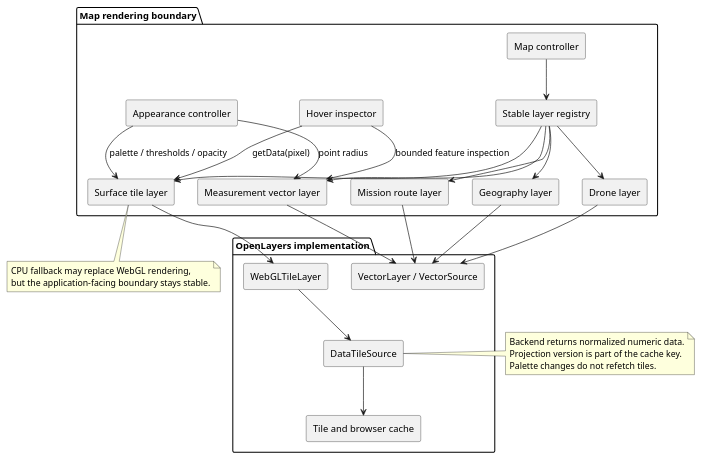
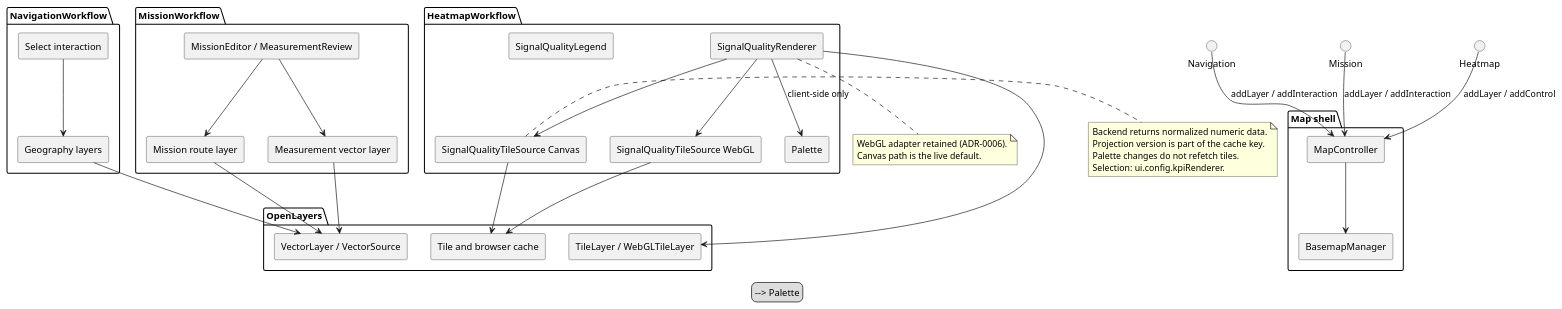
The diagram in docs/uml/0006-frontend-map-rendering-architecture.puml (ademby/ddtp1), drawn with PlantUML before and after one commit. The commit also changed 10 other files, not shown here.

```diff
--- a/docs/uml/0006-frontend-map-rendering-architecture.puml
+++ b/docs/uml/0006-frontend-map-rendering-architecture.puml
@@ -1,53 +1,65 @@
 @startuml
 skinparam componentStyle rectangle
 
-package "Map rendering boundary" {
-  [Map controller] as MapController
-  [Stable layer registry] as Layers
-  [Surface tile layer] as SurfaceLayer
-  [Measurement vector layer] as MeasurementLayer
-  [Mission route layer] as MissionLayer
-  [Geography layer] as GeographyLayer
-  [Drone layer] as DroneLayer
-  [Hover inspector] as Hover
-  [Appearance controller] as Appearance
+package "Map shell" {
+  [MapController] as MapController
+  [BasemapManager] as Basemap
 }
 
-package "OpenLayers implementation" {
-  [WebGLTileLayer] as WebGL
-  [DataTileSource] as DataTiles
+package "NavigationWorkflow" {
+  [Geography layers] as GeographyLayer
+  [Select interaction] as SelectIx
+}
+
+package "MissionWorkflow" {
+  [Mission route layer] as MissionLayer
+  [Measurement vector layer] as MeasurementLayer
+  [MissionEditor / MeasurementReview] as Editors
+}
+
+package "HeatmapWorkflow" {
+  [SignalQualityRenderer] as Renderer
+  [SignalQualityTileSource Canvas] as CanvasSrc
+  [SignalQualityTileSource WebGL] as WebGlSrc
+  [SignalQualityLegend] as Legend
+  [Palette] as Palette
+}
+
+package "OpenLayers" {
+  [TileLayer / WebGLTileLayer] as TileLayers
   [VectorLayer / VectorSource] as Vectors
   [Tile and browser cache] as Cache
 }
 
-MapController --> Layers
-Layers --> SurfaceLayer
-Layers --> MeasurementLayer
-Layers --> MissionLayer
-Layers --> GeographyLayer
-Layers --> DroneLayer
+MapController --> Basemap
+Navigation --> MapController : addLayer / addInteraction
+Mission --> MapController : addLayer / addInteraction
+Heatmap --> MapController : addLayer / addControl
 
-SurfaceLayer --> WebGL
-WebGL --> DataTiles
-DataTiles --> Cache
+GeographyLayer --> Vectors
+SelectIx --> GeographyLayer
+MissionLayer --> Vectors
 MeasurementLayer --> Vectors
-MissionLayer --> Vectors
-GeographyLayer --> Vectors
-DroneLayer --> Vectors
+Editors --> MissionLayer
+Editors --> MeasurementLayer
 
-Hover --> SurfaceLayer : getData(pixel)
-Hover --> MeasurementLayer : bounded feature inspection
-Appearance --> SurfaceLayer : palette / thresholds / opacity
-Appearance --> MeasurementLayer : point radius
+Renderer --> CanvasSrc
+Renderer --> WebGlSrc
+Renderer --> TileLayers
+CanvasSrc --> Cache
+WebGlSrc --> Cache
+Legend --> Palette
+Renderer --> Palette : client-side only
 
-note right of DataTiles
+note right of CanvasSrc
   Backend returns normalized numeric data.
   Projection version is part of the cache key.
   Palette changes do not refetch tiles.
+  Selection: ui.config.kpiRenderer.
 end note
 
-note bottom of SurfaceLayer
-  CPU fallback may replace WebGL rendering,
-  but the application-facing boundary stays stable.
+note bottom of Renderer
+  WebGL adapter retained (ADR-0006).
+  Canvas path is the live default.
 end note
 @enduml
```
